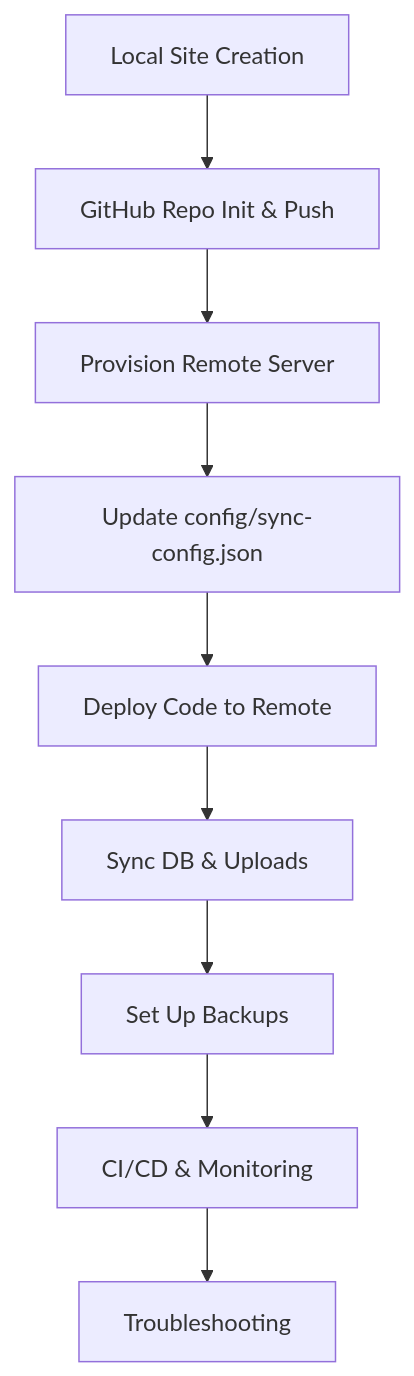
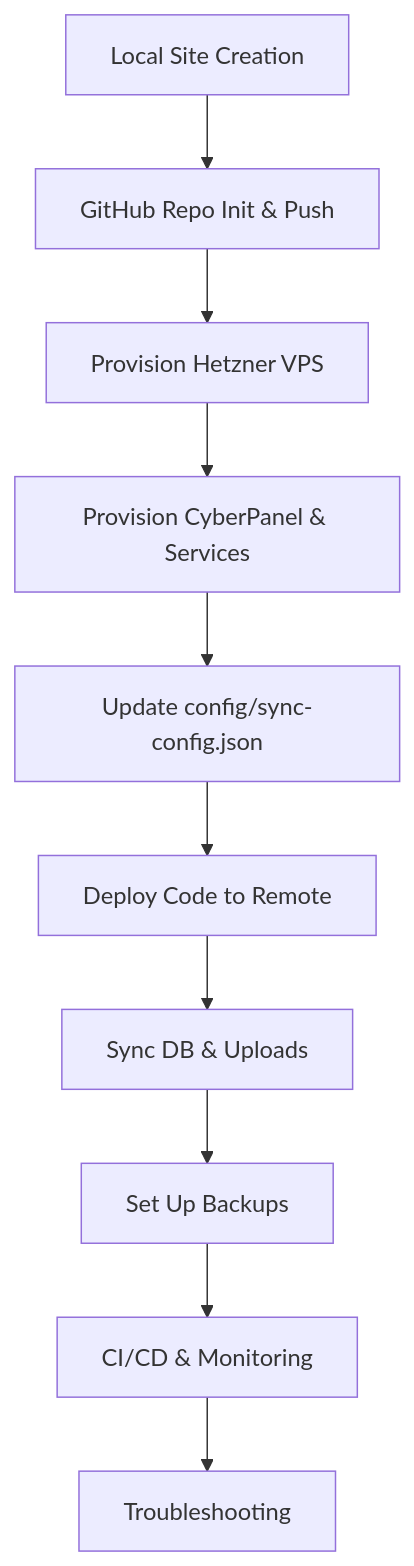
Before and after one commit to satusdev/bedrock-forge: the diagram in docs/example-workflow.md, drawn with Mermaid. The commit also changed other lines of this file and 109 other files, not shown here.

````diff
--- a/docs/example-workflow.md
+++ b/docs/example-workflow.md
@@ -121,11 +136,12 @@
 ```mermaid
 graph TD
     A[Local Site Creation] --> B[GitHub Repo Init & Push]
-    B --> C[Provision Remote Server]
-    C --> D[Update config/sync-config.json]
-    D --> E[Deploy Code to Remote]
-    E --> F[Sync DB & Uploads]
-    F --> G[Set Up Backups]
-    G --> H[CI/CD & Monitoring]
-    H --> I[Troubleshooting]
+    B --> C[Provision Hetzner VPS]
+    C --> D[Provision CyberPanel & Services]
+    D --> E[Update config/sync-config.json]
+    E --> F[Deploy Code to Remote]
+    F --> G[Sync DB & Uploads]
+    G --> H[Set Up Backups]
+    H --> I[CI/CD & Monitoring]
+    I --> J[Troubleshooting]
 ```
````
